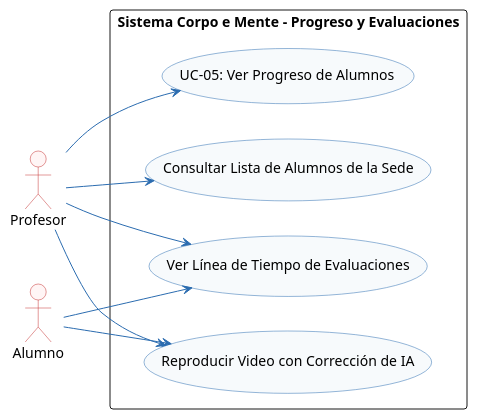
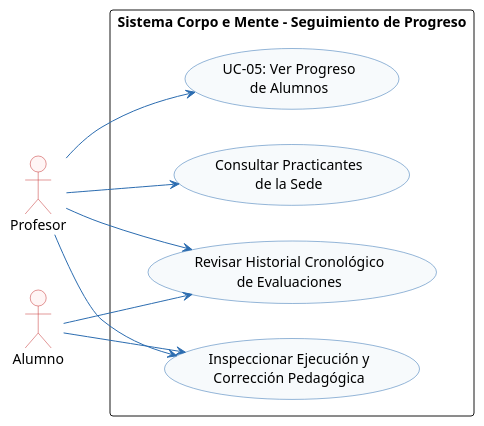
One commit to Tsmrain/JiuJitsu changed diagram 18 of 37 in docs/ProyectoGrado.md. Above: the diagram before and after it, drawn with PlantUML. The commit also changed other lines of this file and 17 other files, not shown here.

````diff
--- a/docs/ProyectoGrado.md
+++ b/docs/ProyectoGrado.md
@@ -2112,42 +2038,38 @@
 ```plantuml
 @startuml
 left to right direction
-
 skinparam shadowing false
 skinparam monochrome false
 skinparam defaultFontName Arial
 skinparam roundcorner 6
 skinparam ArrowColor #2B6CB0
 skinparam ActorBorderColor #C53030
 skinparam ActorBackgroundColor #FFF5F5
 skinparam BoundaryBorderColor #2B6CB0
 skinparam BoundaryBackgroundColor #EBF8FF
 skinparam ControlBorderColor #2F855A
 skinparam ControlBackgroundColor #F0FFF4
 skinparam EntityBorderColor #D69E2E
 skinparam EntityBackgroundColor #FFFFF0
-skinparam DatabaseBorderColor #4A5568
-skinparam DatabaseBackgroundColor #EDF2F7
 skinparam UsecaseBorderColor #2B6CB0
 skinparam UsecaseBackgroundColor #F7FAFC
-
 
 actor "Profesor" as PR
 actor "Alumno" as AL
 
-rectangle "Sistema Corpo e Mente - Progreso y Evaluaciones" {
-    usecase "UC-05: Ver Progreso de Alumnos" as UC05
-    usecase "Consultar Lista de Alumnos de la Sede" as UC05_List
-    usecase "Ver Línea de Tiempo de Evaluaciones" as UC05_Time
-    usecase "Reproducir Video con Corrección de IA" as UC05_Play
+rectangle "Sistema Corpo e Mente - Seguimiento de Progreso" {
+    usecase "UC-05: Ver Progreso\nde Alumnos" as UC05
+    usecase "Consultar Practicantes\nde la Sede" as UC05_List
+    usecase "Revisar Historial Cronológico\nde Evaluaciones" as UC05_Time
+    usecase "Inspeccionar Ejecución y\nCorrección Pedagógica" as UC05_Play
 }
 
 PR --> UC05
 PR --> UC05_List
 PR --> UC05_Time
 PR --> UC05_Play
 
 AL --> UC05_Time
 AL --> UC05_Play
 @enduml
 ```
````
